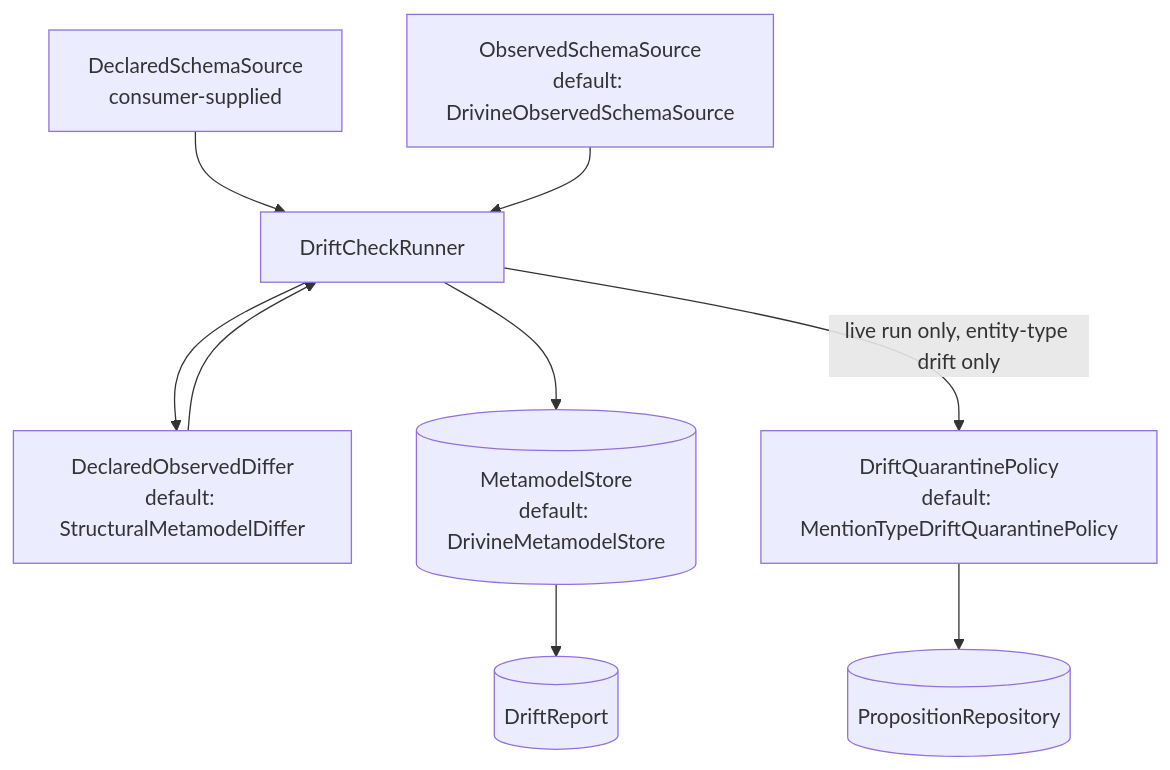
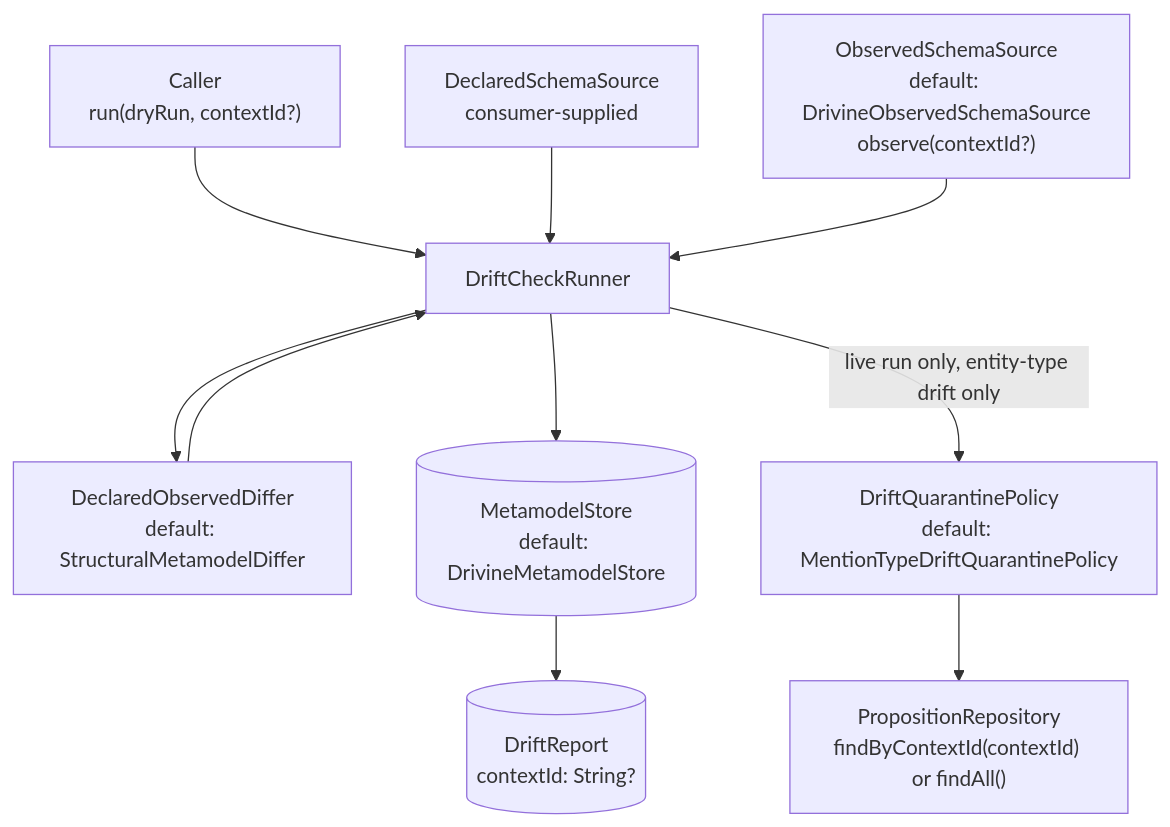
Before and after one commit to embabel/dice: the second of 4 diagrams in docs/design/metamodel-governance.md, drawn with Mermaid. The commit also changed other lines of this file and 10 other files, not shown here.

First line of the commit message:
feat(dice-metamodel): thread optional ContextId through drift checks

````diff
--- a/docs/design/metamodel-governance.md
+++ b/docs/design/metamodel-governance.md
@@ -73,11 +73,12 @@
 ```mermaid
 flowchart TD
-    DSS[DeclaredSchemaSource<br/>consumer-supplied] --> RUNNER[DriftCheckRunner]
-    OSS[ObservedSchemaSource<br/>default: DrivineObservedSchemaSource] --> RUNNER
+    CALLER[Caller<br/>run#40;dryRun, contextId?#41;] --> RUNNER[DriftCheckRunner]
+    DSS[DeclaredSchemaSource<br/>consumer-supplied] --> RUNNER
+    OSS["ObservedSchemaSource<br/>default: DrivineObservedSchemaSource<br/>observe(contextId?)"] --> RUNNER
     RUNNER --> DIFFER[DeclaredObservedDiffer<br/>default: StructuralMetamodelDiffer]
     DIFFER --> RUNNER
     RUNNER --> STORE[(MetamodelStore<br/>default: DrivineMetamodelStore)]
-    STORE --> REPORT[(DriftReport)]
+    STORE --> REPORT[(DriftReport<br/>contextId: String?)]
     RUNNER -->|live run only, entity-type drift only| QP[DriftQuarantinePolicy<br/>default: MentionTypeDriftQuarantinePolicy]
-    QP --> PROPREPO[(PropositionRepository)]
+    QP --> PROPREPO["PropositionRepository<br/>findByContextId(contextId) or findAll()"]
 ```
````
